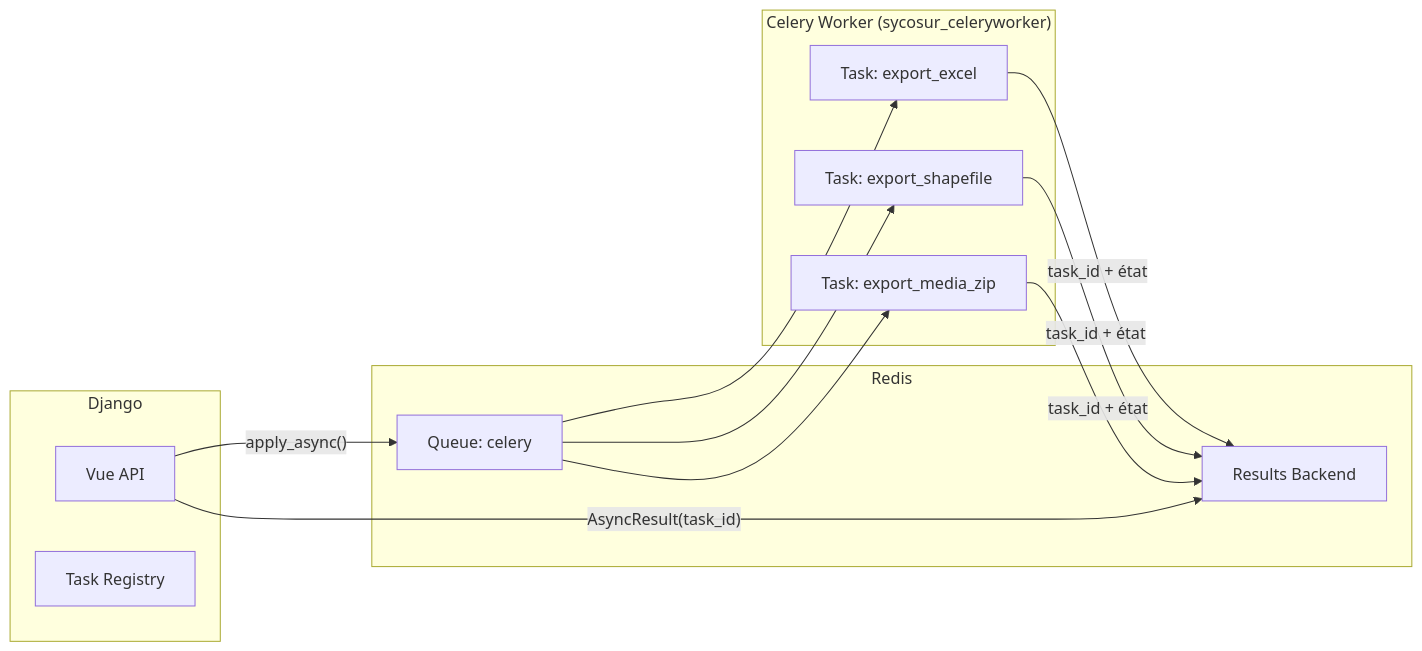
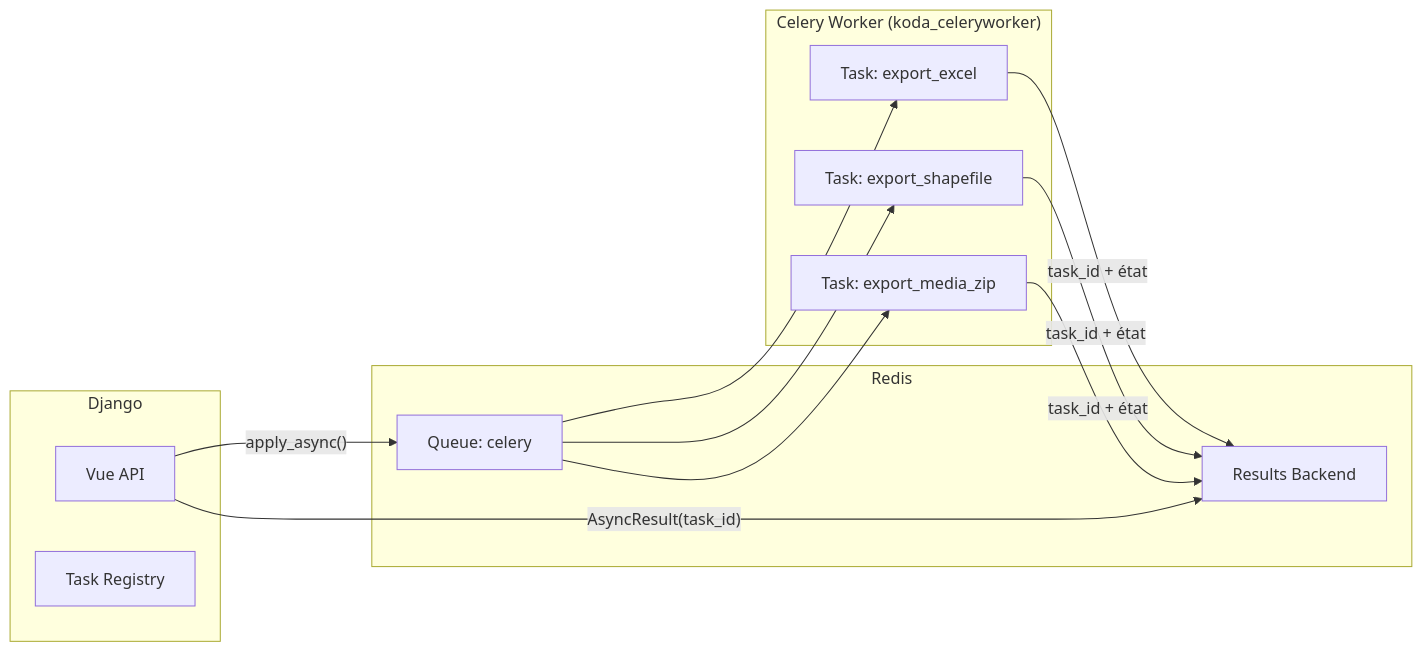
One commit to KODAAP/koda-infra changed the diagram in docs/explanation/async-exports.md. Above: the diagram before and after it, drawn with Mermaid. The commit also changed other lines of this file and 19 other files, not shown here.

````diff
--- a/docs/explanation/async-exports.md
+++ b/docs/explanation/async-exports.md
@@ -18,27 +18,27 @@
 ```mermaid
 graph LR
     subgraph Django
         V[Vue API]
         T[Task Registry]
     end
 
     subgraph Redis
         Q[Queue: celery]
         R[Results Backend]
     end
 
-    subgraph Worker["Celery Worker (sycosur_celeryworker)"]
+    subgraph Worker["Celery Worker (koda_celeryworker)"]
         W1[Task: export_excel]
         W2[Task: export_shapefile]
         W3[Task: export_media_zip]
     end
 
     V -->|"apply_async()"| Q
     Q --> W1
     Q --> W2
     Q --> W3
     W1 -->|"task_id + état"| R
     W2 -->|"task_id + état"| R
     W3 -->|"task_id + état"| R
     V -->|"AsyncResult(task_id)"| R
 ```
````
